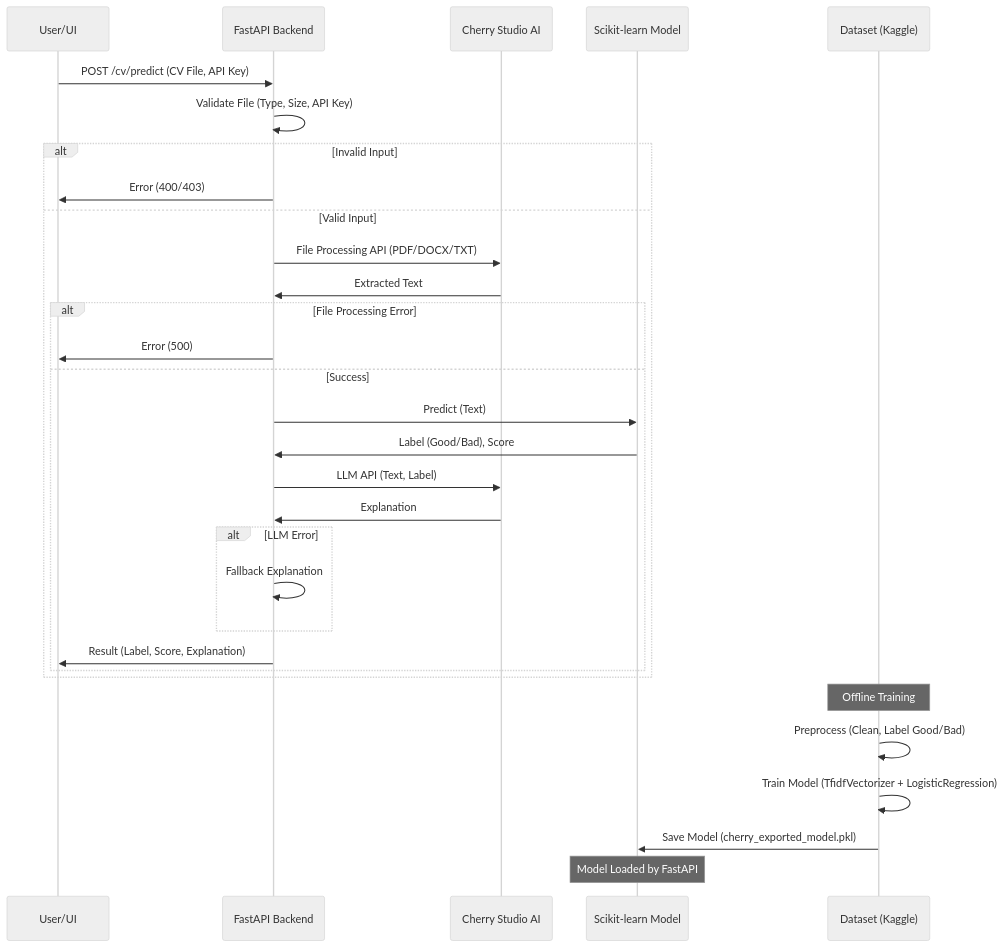
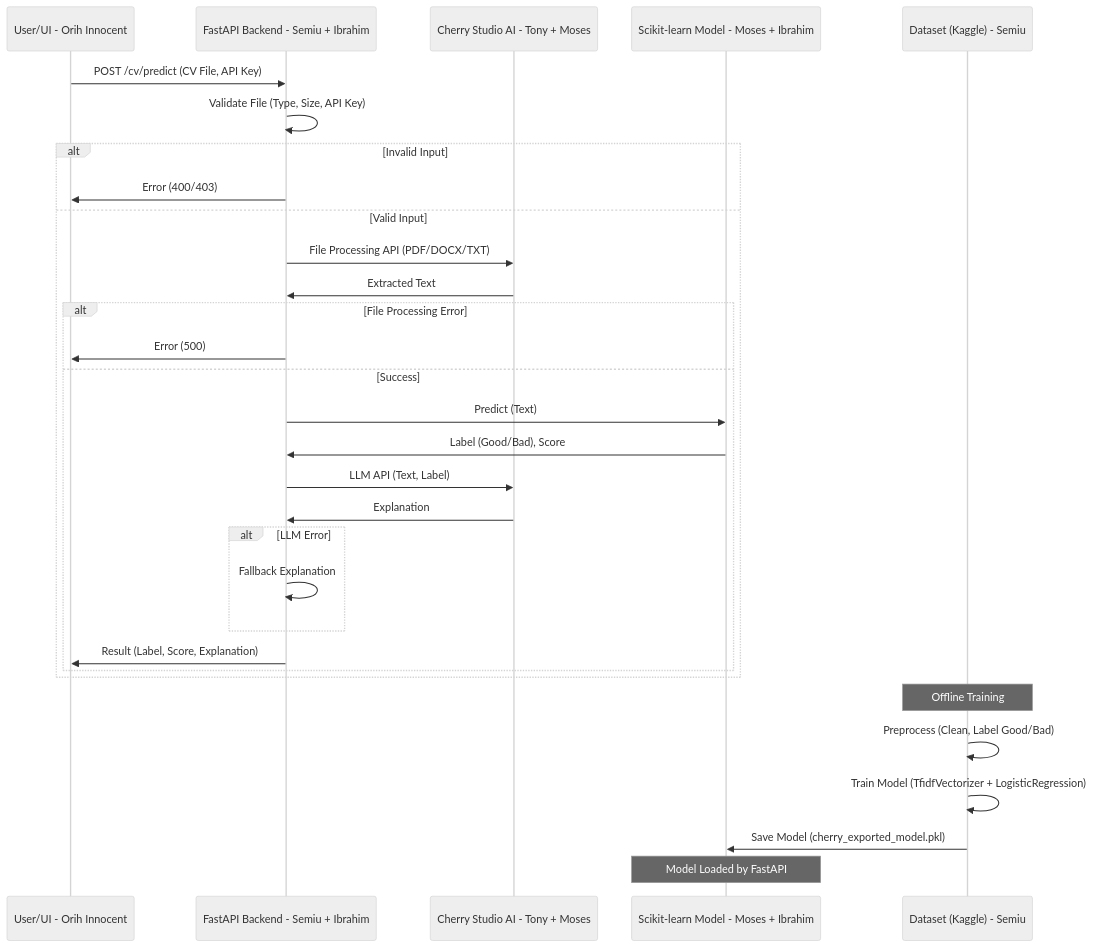
The second of 2 diagrams in README.md (moses000/mysoftware-resume-classifier), drawn with Mermaid (neutral theme) before and after one commit.

````diff
--- a/README.md
+++ b/README.md
@@ -58,37 +58,37 @@
 ```mermaid
 sequenceDiagram
-    participant U as User/UI
-    participant F as FastAPI Backend
-    participant C as Cherry Studio AI
-    participant S as Scikit-learn Model
-    participant D as Dataset (Kaggle)
+    participant U as User/UI - Orih Innocent
+    participant F as FastAPI Backend - Semiu + Ibrahim
+    participant C as Cherry Studio AI - Tony + Moses
+    participant S as Scikit-learn Model - Moses + Ibrahim
+    participant D as Dataset (Kaggle) - Semiu
 
     %% Main Workflow
     U->>F: POST /cv/predict (CV File, API Key)
     F->>F: Validate File (Type, Size, API Key)
     alt Invalid Input
         F->>U: Error (400/403)
     else Valid Input
         F->>C: File Processing API (PDF/DOCX/TXT)
         C->>F: Extracted Text
         alt File Processing Error
             F->>U: Error (500)
         else Success
             F->>S: Predict (Text)
             S->>F: Label (Good/Bad), Score
             F->>C: LLM API (Text, Label)
             C->>F: Explanation
             alt LLM Error
                 F->>F: Fallback Explanation
             end
             F->>U: Result (Label, Score, Explanation)
         end
     end
 
     %% Training Phase (Offline)
     note over D: Offline Training
     D->>D: Preprocess (Clean, Label Good/Bad)
     D->>D: Train Model (TfidfVectorizer + LogisticRegression)
     D->>S: Save Model (cherry_exported_model.pkl)
     note over S: Model Loaded by FastAPI
 ```
````
